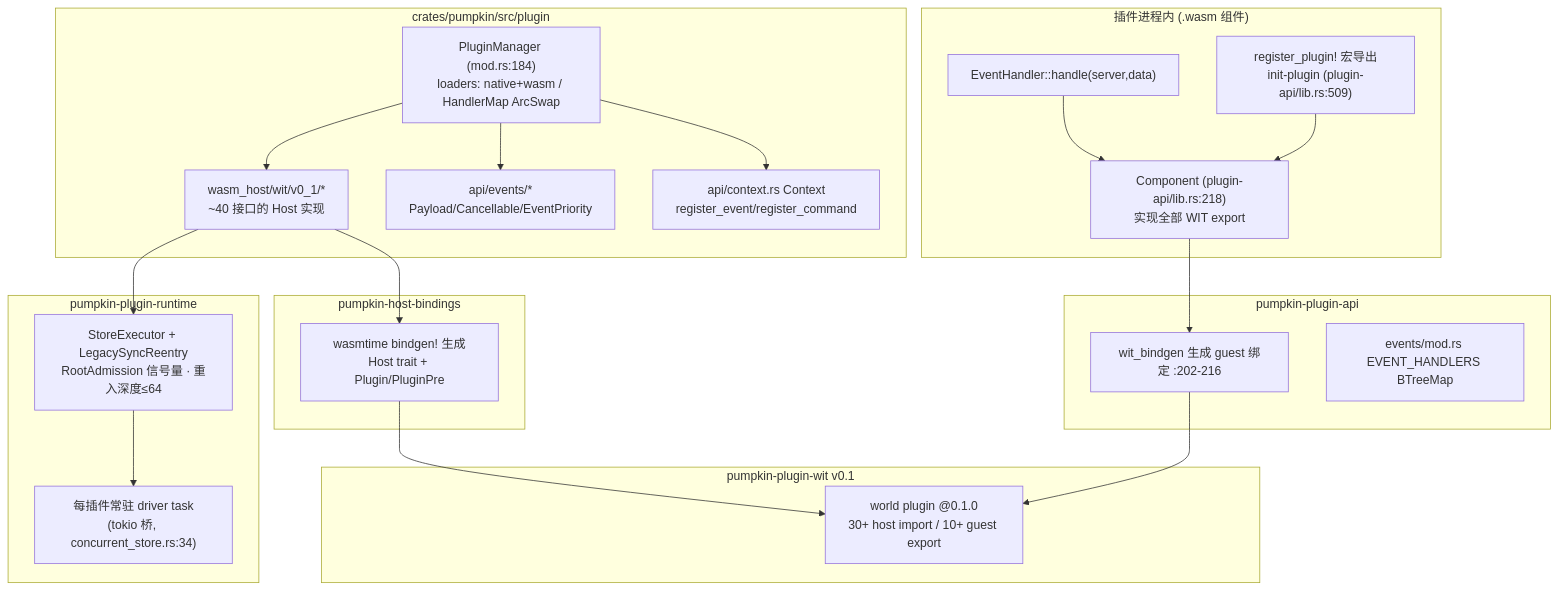
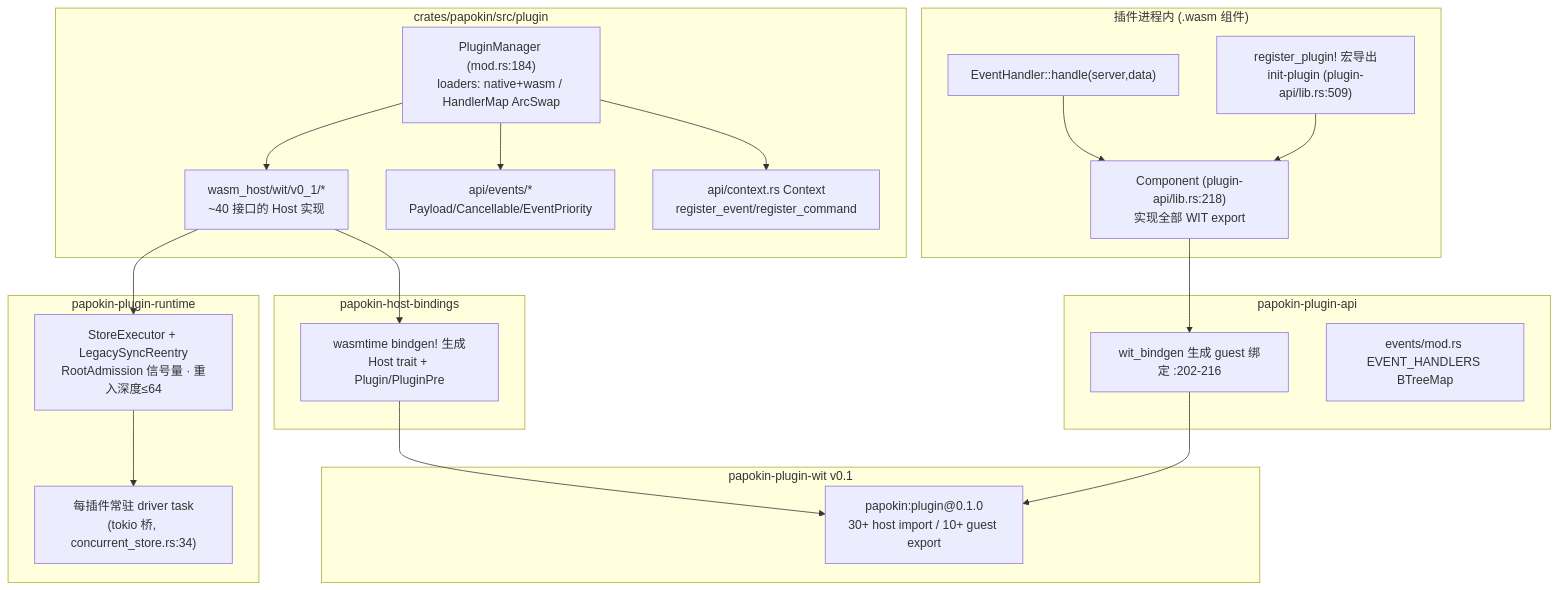
One commit to Quotidietium/Papokin changed the eighth of 8 diagrams in note/04-模块分析.md. Above: the diagram before and after it, drawn with Mermaid. The commit also changed other lines of this file and 2 other files, not shown here.

Commit message:
docs(note): 模块/数据流/控制流剪除基岩分支并对齐当前 API

````diff
--- a/note/04-模块分析.md
+++ b/note/04-模块分析.md
@@ -286,32 +274,32 @@
 ```mermaid
 graph TB
     subgraph GUEST["插件进程内 (.wasm 组件)"]
         REG["register_plugin! 宏导出<br/>init-plugin (plugin-api/lib.rs:509)"]
         EH["EventHandler::handle(server,data)"]
         CGUEST["Component (plugin-api/lib.rs:218)<br/>实现全部 WIT export"]
     end
-    subgraph SDK["pumpkin-plugin-api"]
+    subgraph SDK["papokin-plugin-api"]
         GB["wit_bindgen 生成 guest 绑定 :202-216"]
         EVS["events/mod.rs EVENT_HANDLERS BTreeMap"]
     end
-    subgraph CONTRACT["pumpkin-plugin-wit v0.1"]
-        WITW["world plugin @0.1.0<br/>30+ host import / 10+ guest export"]
+    subgraph CONTRACT["papokin-plugin-wit v0.1"]
+        WITW["papokin:plugin@0.1.0<br/>30+ host import / 10+ guest export"]
     end
-    subgraph HOSTIMPL["crates/pumpkin/src/plugin"]
+    subgraph HOSTIMPL["crates/papokin/src/plugin"]
         PM2["PluginManager (mod.rs:184)<br/>loaders: native+wasm / HandlerMap ArcSwap"]
         WH["wasm_host/wit/v0_1/*<br/>~40 接口的 Host 实现"]
         EVENTS["api/events/*<br/>Payload/Cancellable/EventPriority"]
         CTX["api/context.rs Context<br/>register_event/register_command"]
     end
-    subgraph RT["pumpkin-plugin-runtime"]
+    subgraph RT["papokin-plugin-runtime"]
         EXE["StoreExecutor + LegacySyncReentry<br/>RootAdmission 信号量 · 重入深度≤64"]
         DRV["每插件常驻 driver task<br/>(tokio 桥, concurrent_store.rs:34)"]
     end
-    subgraph HB2["pumpkin-host-bindings"]
+    subgraph HB2["papokin-host-bindings"]
         BG["wasmtime bindgen! 生成<br/>Host trait + Plugin/PluginPre"]
     end
     REG & EH --> CGUEST --> GB --> WITW
     PM2 --> WH --> BG --> WITW
     WH --> EXE --> DRV
     PM2 --> EVENTS & CTX
 ```
````
